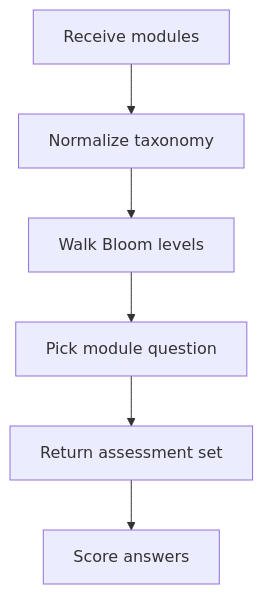
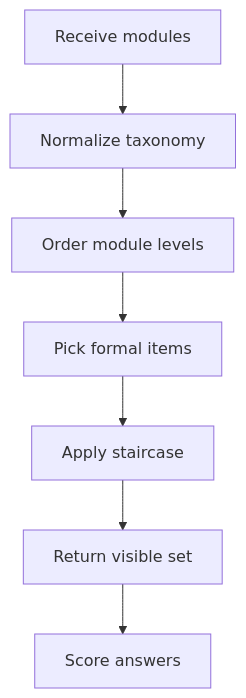
The first of 3 diagrams in docs/Codebase/Frontend/src/data/learningAssessments.ts.md (JohnAndrewBalbarosa/NeoTerritory), drawn with Mermaid before and after one commit. The commit also changed other lines of this file and 13 other files, not shown here.

Commit message:
Align Bloom pretest staircase

````diff
--- a/docs/Codebase/Frontend/src/data/learningAssessments.ts.md
+++ b/docs/Codebase/Frontend/src/data/learningAssessments.ts.md
@@ -9,11 +9,12 @@
 ```mermaid
 flowchart TD
     Start["Receive modules"]
     Norm["Normalize taxonomy"]
-    Plan["Walk Bloom levels"]
-    Match["Pick module question"]
-    Emit["Return assessment set"]
+    Plan["Order module levels"]
+    Match["Pick formal items"]
+    Gate["Apply staircase"]
+    Emit["Return visible set"]
     Grade["Score answers"]
 
-    Start --> Norm --> Plan --> Match --> Emit --> Grade
+    Start --> Norm --> Plan --> Match --> Gate --> Emit --> Grade
 ```
````
